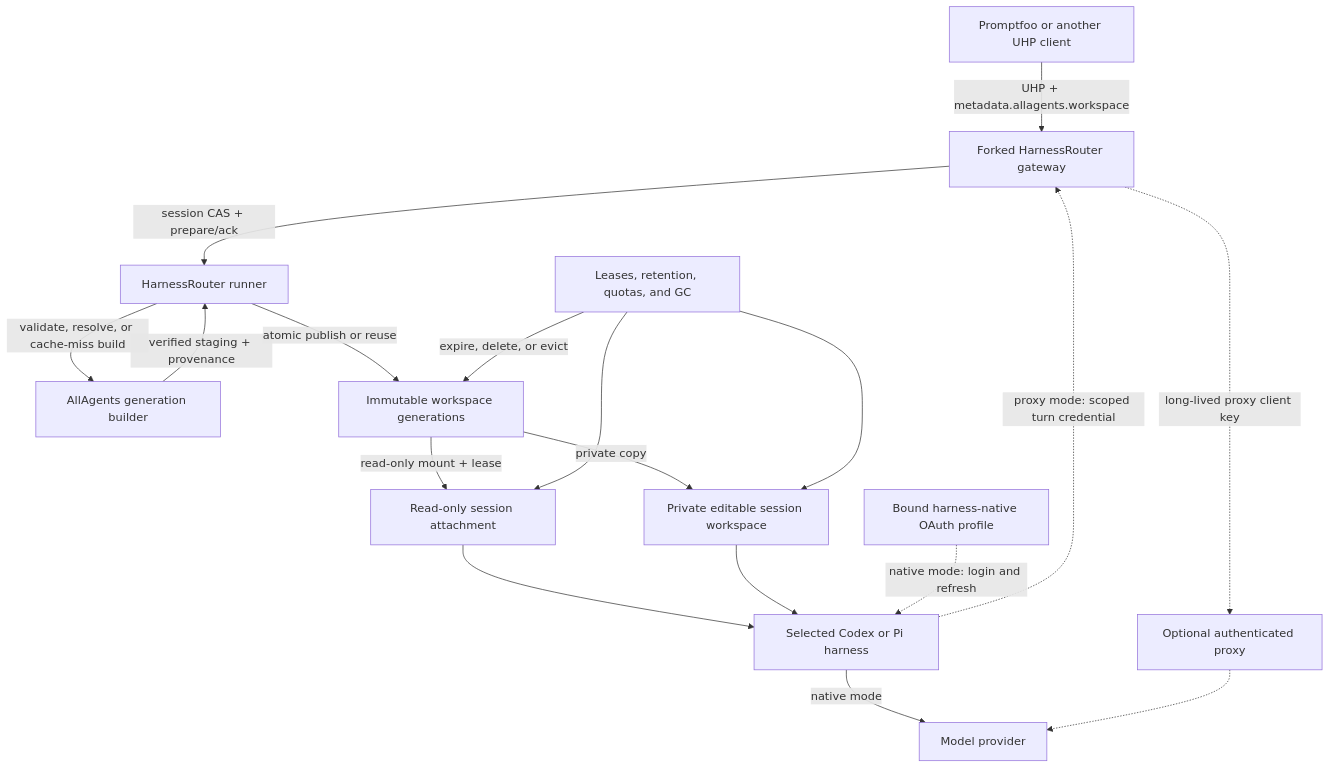
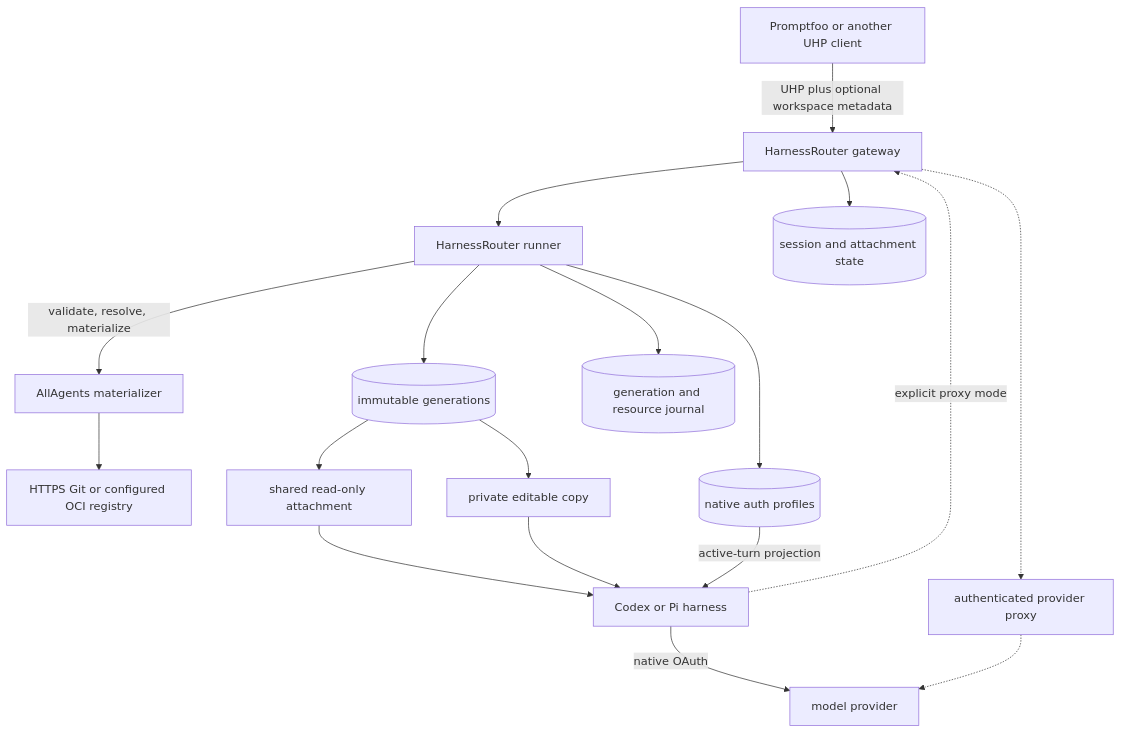
One commit to allagentsdev/allagents changed the diagram in docs/decisions/0002-adopt-uhp-through-harnessrouter.md. Above: the diagram before and after it, drawn with Mermaid. The commit also changed other lines of this file and 1 other file, not shown here.

Commit message:
docs(architecture): simplify repository workspace contract

````diff
--- a/docs/decisions/0002-adopt-uhp-through-harnessrouter.md
+++ b/docs/decisions/0002-adopt-uhp-through-harnessrouter.md
@@ -48,33 +99,20 @@
 ```mermaid
 flowchart TB
-  CLIENT[Promptfoo or another UHP client]
-  GATEWAY[Forked HarnessRouter gateway]
-  RUNNER[HarnessRouter runner]
-  MATERIALIZER[AllAgents generation builder]
-  GENERATIONS[Immutable workspace generations]
-  READONLY[Read-only session attachment]
-  EDITABLE[Private editable session workspace]
-  LIFECYCLE[Leases, retention, quotas, and GC]
-  HARNESS[Selected Codex or Pi harness]
-  AUTH[Bound harness-native OAuth profile]
-  PROXY[Optional authenticated proxy]
-  MODEL[Model provider]
-
-  CLIENT -->|UHP + metadata.allagents.workspace| GATEWAY
-  GATEWAY -->|session CAS + prepare/ack| RUNNER
-  RUNNER -->|validate, resolve, or cache-miss build| MATERIALIZER
-  MATERIALIZER -->|verified staging + provenance| RUNNER
-  RUNNER -->|atomic publish or reuse| GENERATIONS
-  GENERATIONS -->|read-only mount + lease| READONLY
-  GENERATIONS -->|private copy| EDITABLE
-  READONLY --> HARNESS
+  CLIENT[Promptfoo or another UHP client] -->|UHP plus optional workspace metadata| GATEWAY[HarnessRouter gateway]
+  GATEWAY --> RUNNER[HarnessRouter runner]
+  RUNNER -->|validate, resolve, materialize| MATERIALIZER[AllAgents materializer]
+  MATERIALIZER --> SOURCE[HTTPS Git or configured OCI registry]
+  RUNNER --> GENERATION[(immutable generations)]
+  GENERATION --> READONLY[shared read-only attachment]
+  GENERATION --> EDITABLE[private editable copy]
+  READONLY --> HARNESS[Codex or Pi harness]
   EDITABLE --> HARNESS
-  LIFECYCLE -->|expire, delete, or evict| GENERATIONS
-  LIFECYCLE --> READONLY
-  LIFECYCLE --> EDITABLE
-  AUTH -.->|native mode: login and refresh| HARNESS
-  HARNESS -->|native mode| MODEL
-  HARNESS -.->|proxy mode: scoped turn credential| GATEWAY
-  GATEWAY -.->|long-lived proxy client key| PROXY
-  PROXY -.-> MODEL
+  RUNNER --> AUTH[(native auth profiles)]
+  AUTH -->|active-turn projection| HARNESS
+  HARNESS -->|native OAuth| PROVIDER[model provider]
+  HARNESS -.->|explicit proxy mode| GATEWAY
+  GATEWAY -.-> PROXY[authenticated provider proxy]
+  PROXY -.-> PROVIDER
+  GATEWAY --> SESSION[(session and attachment state)]
+  RUNNER --> RESOURCE[(generation and resource journal)]
 ```
````
